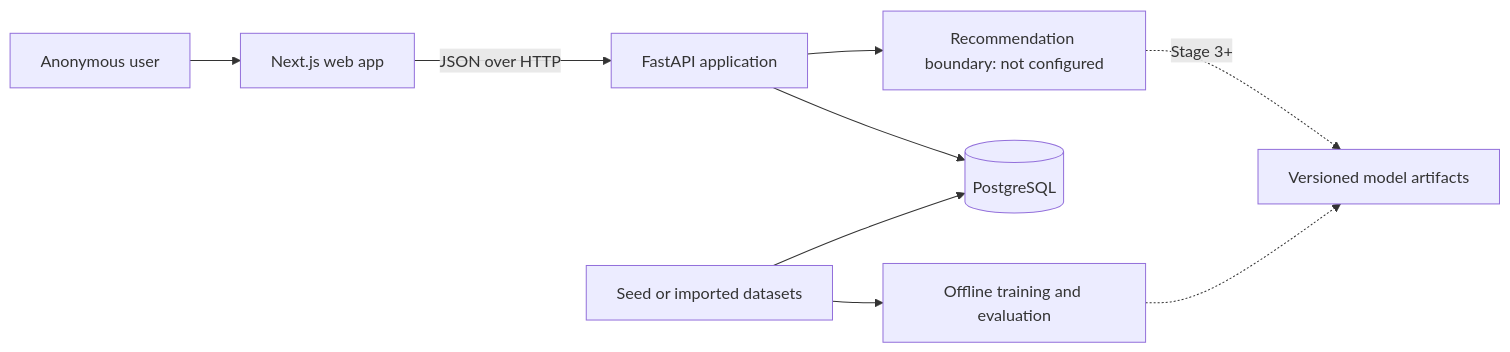
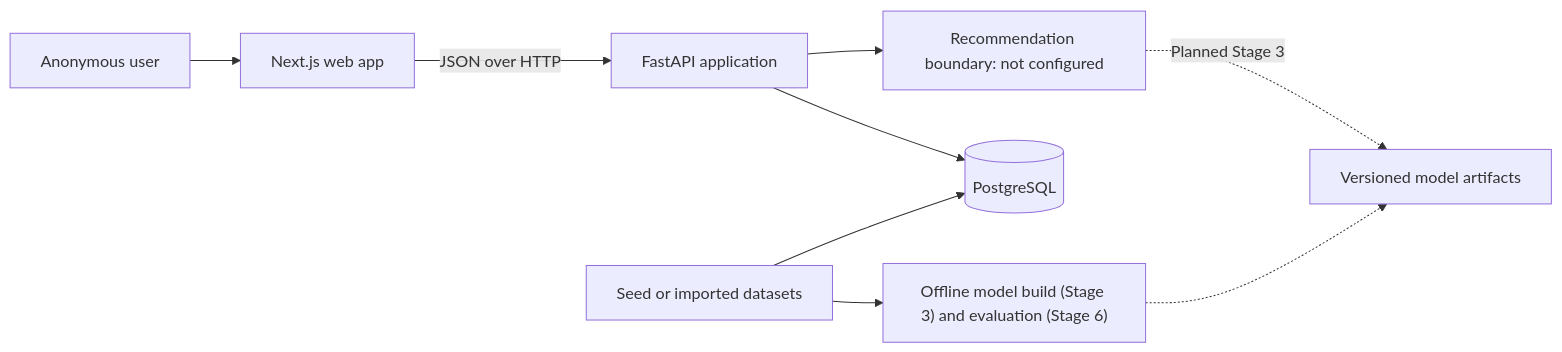
Before and after one commit to Khang206206/gamelens-ai: the diagram in README.md, drawn with Mermaid. The commit also changed other lines of this file and 7 other files, not shown here.

````diff
--- a/README.md
+++ b/README.md
@@ -53,11 +57,11 @@
 ```mermaid
 flowchart LR
     U["Anonymous user"] --> W["Next.js web app"]
     W -->|"JSON over HTTP"| A["FastAPI application"]
     A --> P[("PostgreSQL")]
     A --> R["Recommendation boundary: not configured"]
-    R -. "Stage 3+" .-> M["Versioned model artifacts"]
-    T["Offline training and evaluation"] -.-> M
+    R -. "Planned Stage 3" .-> M["Versioned model artifacts"]
+    T["Offline model build (Stage 3) and evaluation (Stage 6)"] -.-> M
     D["Seed or imported datasets"] --> T
     D --> P
 ```
````
